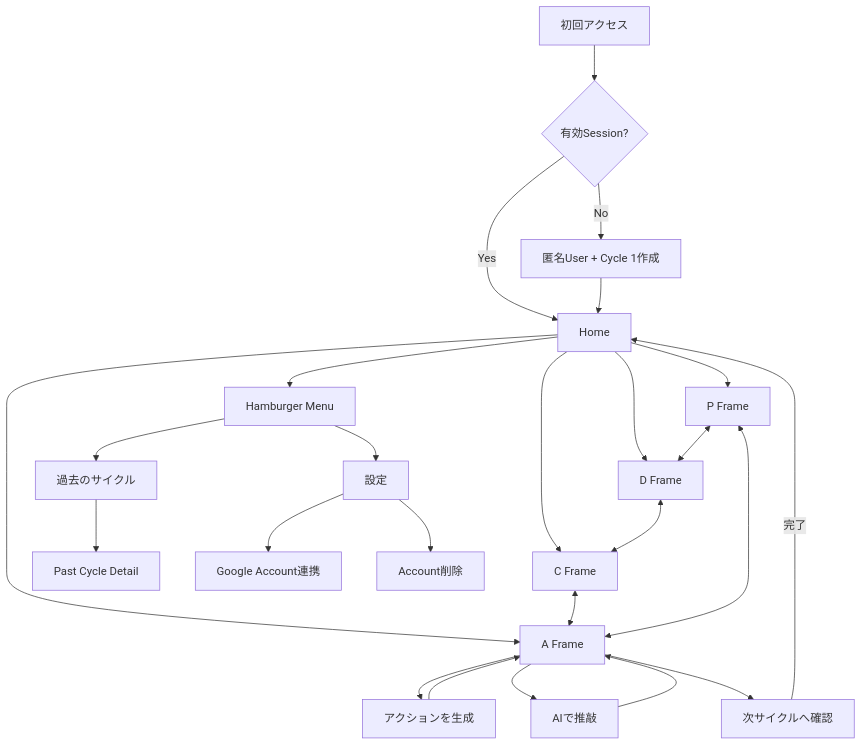
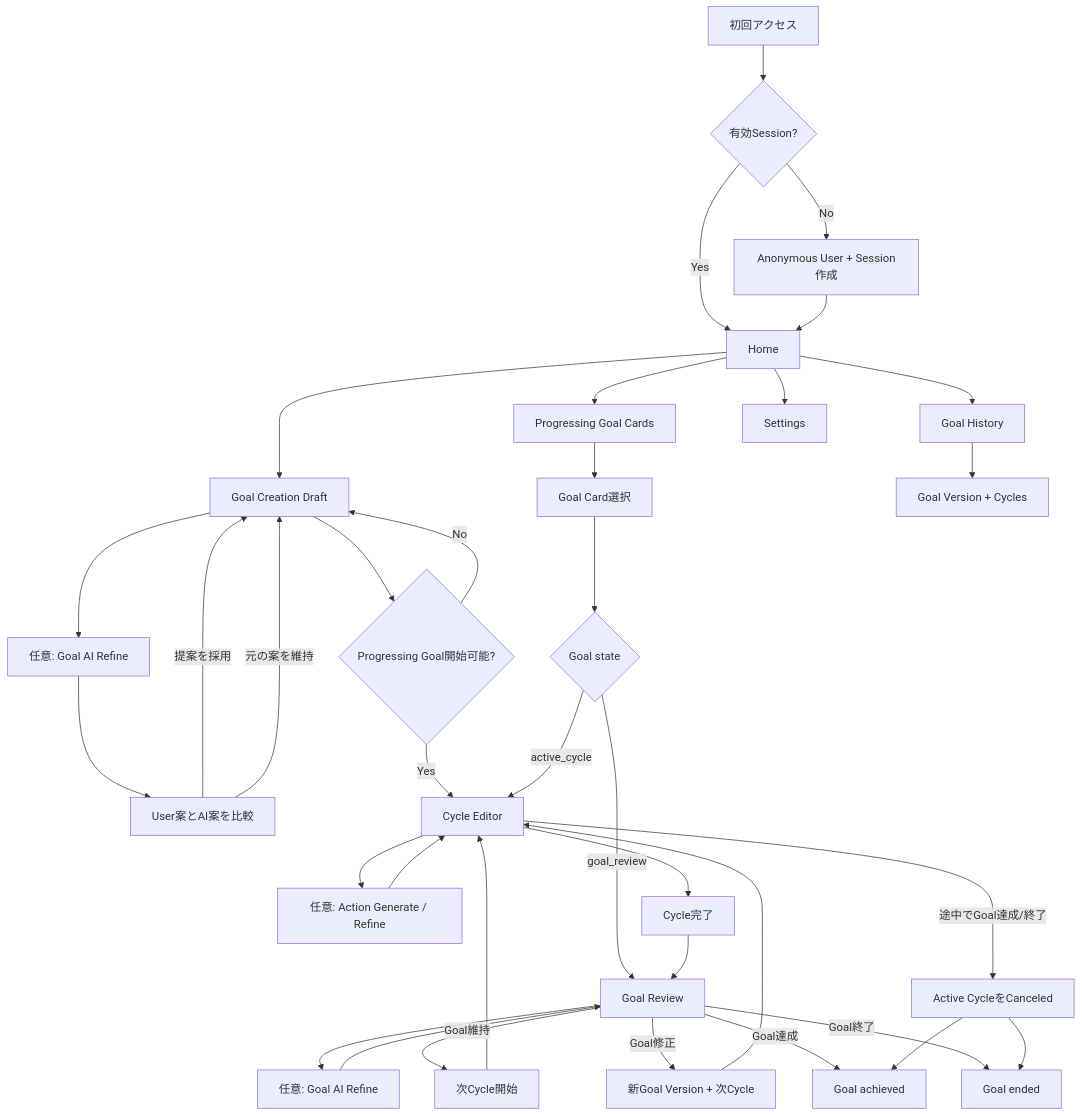
One commit to fukamu/cycle changed the second of 12 diagrams in docs/design.md. Above: the diagram before and after it, drawn with Mermaid. The commit also changed other lines of this file, not shown here.

````diff
--- a/docs/design.md
+++ b/docs/design.md
@@ -218,30 +363,45 @@
 ```mermaid
 flowchart TD
     Start[初回アクセス] --> Session{有効Session?}
-    Session -- No --> Anon[匿名User + Cycle 1作成]
+    Session -- No --> Anon[Anonymous User + Session作成]
     Session -- Yes --> Home[Home]
     Anon --> Home
 
-    Home --> P[P Frame]
-    Home --> D[D Frame]
-    Home --> C[C Frame]
-    Home --> A[A Frame]
-    P <--> D
-    D <--> C
-    C <--> A
-    A <--> P
+    Home --> GoalCards[Progressing Goal Cards]
+    Home --> NewGoal[Goal Creation Draft]
 
-    A --> Gen[アクションを生成]
-    A --> Ref[AIで推敲]
-    Gen --> A
-    Ref --> A
-    A --> Complete[次サイクルへ確認]
-    Complete -->|完了| Home
+    NewGoal --> GoalRefine[任意: Goal AI Refine]
+    GoalRefine --> Compare[User案とAI案を比較]
+    Compare -->|提案を採用| NewGoal
+    Compare -->|元の案を維持| NewGoal
+    NewGoal --> StartGoal{Progressing Goal開始可能?}
+    StartGoal -- Yes --> CycleEditor[Cycle Editor]
+    StartGoal -- No --> NewGoal
 
-    Home --> Menu[Hamburger Menu]
-    Menu --> Past[過去のサイクル]
-    Past --> Detail[Past Cycle Detail]
-    Menu --> Settings[設定]
-    Settings --> Upgrade[Google Account連携]
-    Settings --> Delete[Account削除]
+    GoalCards --> GoalCard[Goal Card選択]
+    GoalCard --> GoalState{Goal state}
+    GoalState -- active_cycle --> CycleEditor
+    GoalState -- goal_review --> Review[Goal Review]
+
+    CycleEditor --> ActionAI[任意: Action Generate / Refine]
+    ActionAI --> CycleEditor
+    CycleEditor --> Complete[Cycle完了]
+    Complete --> Review
+
+    Review --> ReviewRefine[任意: Goal AI Refine]
+    ReviewRefine --> Review
+    Review -->|Goal維持| NextCycle[次Cycle開始]
+    Review -->|Goal修正| NewVersion[新Goal Version + 次Cycle]
+    Review -->|Goal達成| Achieved[Goal achieved]
+    Review -->|Goal終了| Ended[Goal ended]
+    NextCycle --> CycleEditor
+    NewVersion --> CycleEditor
+
+    CycleEditor -->|途中でGoal達成/終了| CancelCycle[Active CycleをCanceled]
+    CancelCycle --> Achieved
+    CancelCycle --> Ended
+
+    Home --> History[Goal History]
+    History --> GoalTimeline[Goal Version + Cycles]
+    Home --> Settings[Settings]
 ```
````
